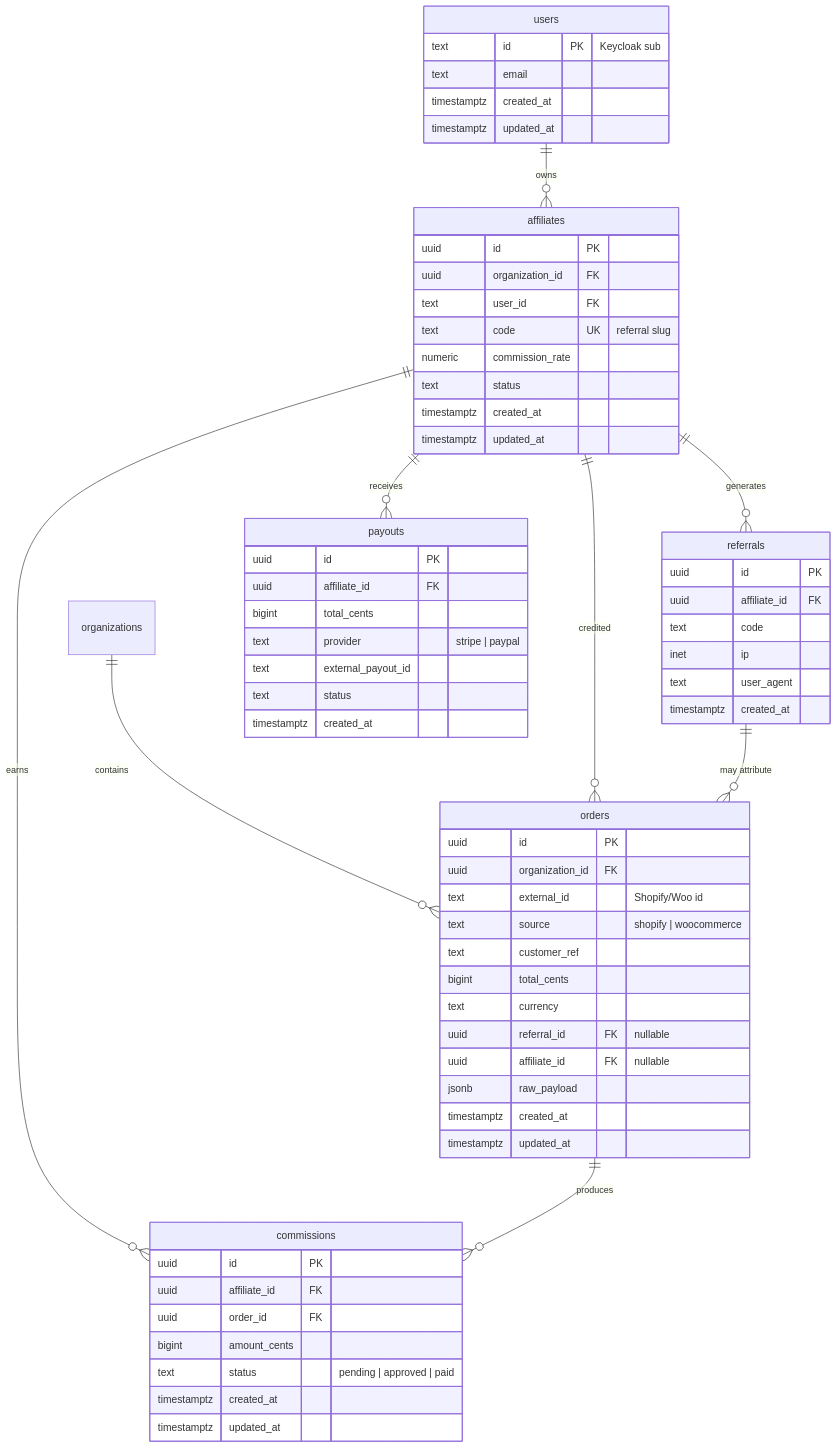
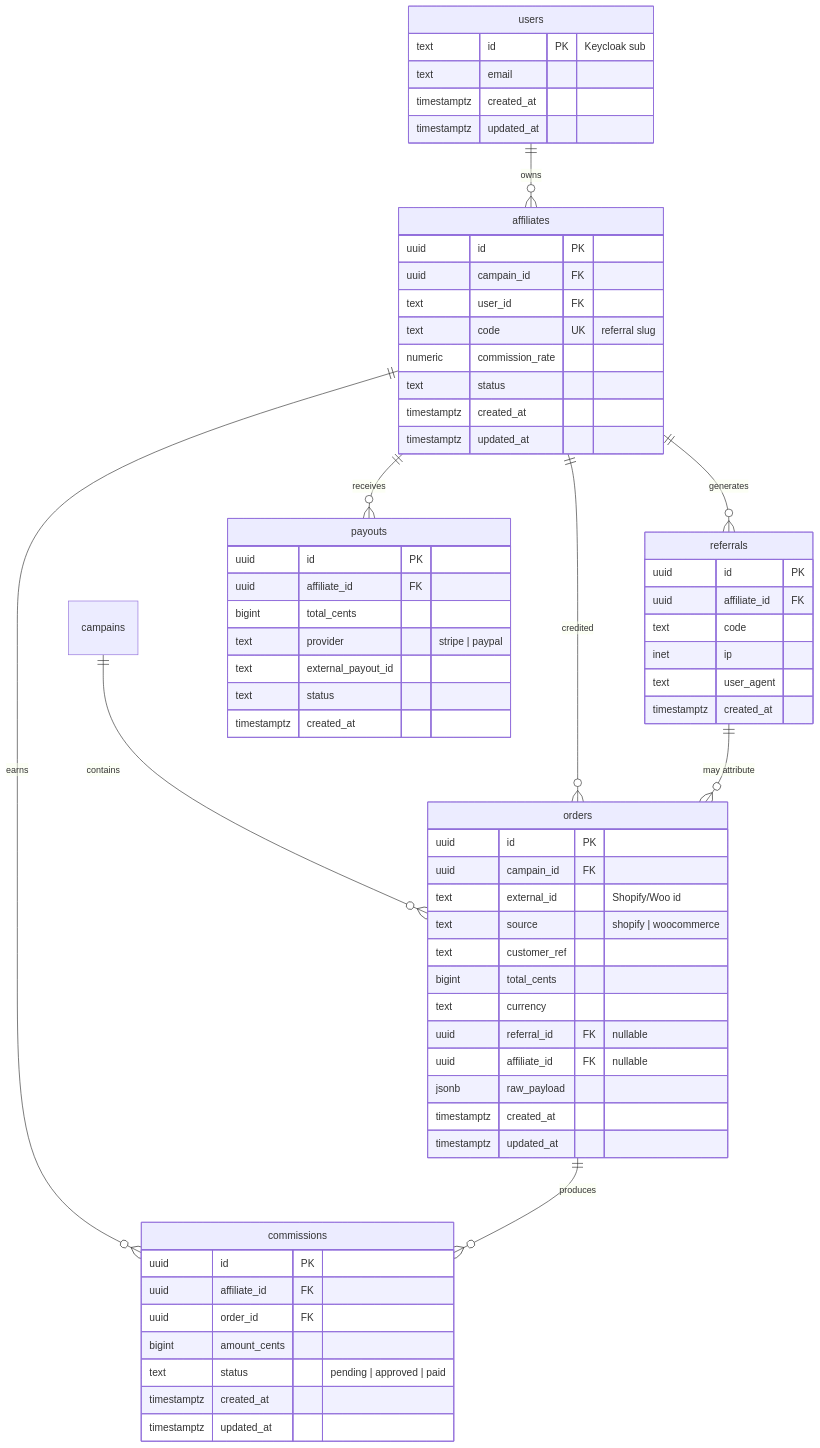
The third of 3 diagrams in docs/03-data-model.md (stelgkio/AffilFlow), drawn with Mermaid before and after one commit. The commit also changed other lines of this file and 58 other files, not shown here.

````diff
--- a/docs/03-data-model.md
+++ b/docs/03-data-model.md
@@ -59,73 +59,73 @@
 ```mermaid
 erDiagram
-  organizations ||--o{ orders : "contains"
+  campains ||--o{ orders : "contains"
   users ||--o{ affiliates : "owns"
   affiliates ||--o{ referrals : "generates"
   affiliates ||--o{ orders : "credited"
   affiliates ||--o{ commissions : "earns"
   affiliates ||--o{ payouts : "receives"
   orders ||--o{ commissions : "produces"
   referrals ||--o{ orders : "may attribute"
 
   users {
     text id PK "Keycloak sub"
     text email
     timestamptz created_at
     timestamptz updated_at
   }
 
   affiliates {
     uuid id PK
-    uuid organization_id FK
+    uuid campain_id FK
     text user_id FK
     text code UK "referral slug"
     numeric commission_rate
     text status
     timestamptz created_at
     timestamptz updated_at
   }
 
   referrals {
     uuid id PK
     uuid affiliate_id FK
     text code
     inet ip
     text user_agent
     timestamptz created_at
   }
 
   orders {
     uuid id PK
-    uuid organization_id FK
+    uuid campain_id FK
     text external_id "Shopify/Woo id"
     text source "shopify | woocommerce"
     text customer_ref
     bigint total_cents
     text currency
     uuid referral_id FK "nullable"
     uuid affiliate_id FK "nullable"
     jsonb raw_payload
     timestamptz created_at
     timestamptz updated_at
   }
 
   commissions {
     uuid id PK
     uuid affiliate_id FK
     uuid order_id FK
     bigint amount_cents
     text status "pending | approved | paid"
     timestamptz created_at
     timestamptz updated_at
   }
 
   payouts {
     uuid id PK
     uuid affiliate_id FK
     bigint total_cents
     text provider "stripe | paypal"
     text external_payout_id
     text status
     timestamptz created_at
   }
 ```
````
